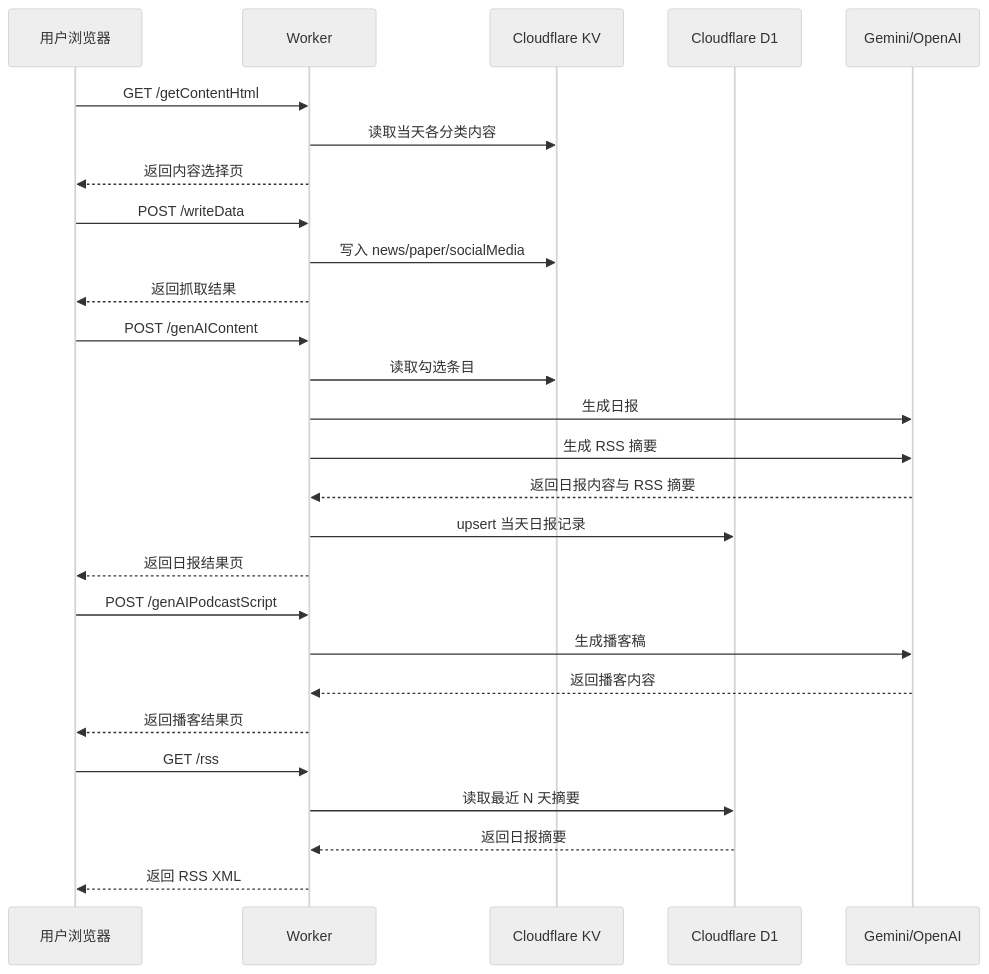
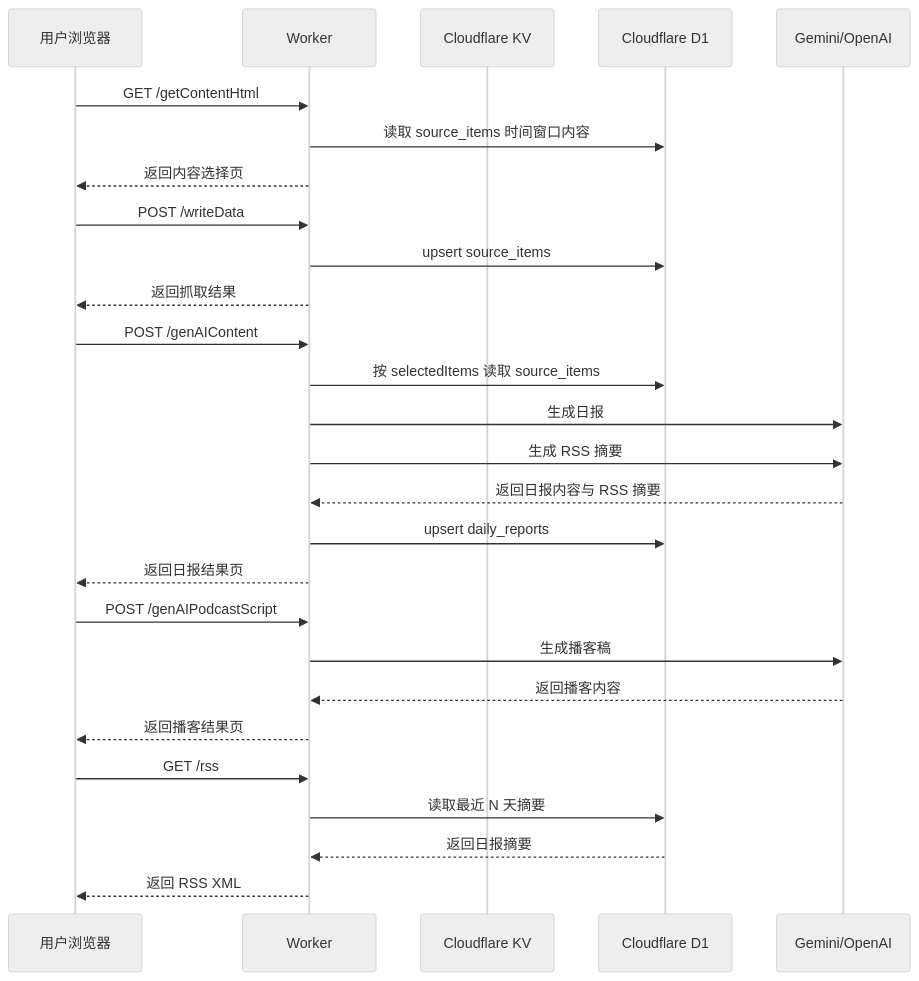
Before and after one commit to wenson/CloudFlare-AI-Insight-Daily: the second of 2 diagrams in docs/API_ROUTES.md, drawn with Mermaid (neutral theme). The commit also changed other lines of this file and 23 other files, not shown here.

````diff
--- a/docs/API_ROUTES.md
+++ b/docs/API_ROUTES.md
@@ -28,34 +28,34 @@
 ```mermaid
 sequenceDiagram
     participant U as 用户浏览器
     participant W as Worker
     participant KV as Cloudflare KV
     participant D1 as Cloudflare D1
     participant AI as Gemini/OpenAI
 
     U->>W: GET /getContentHtml
-    W->>KV: 读取当天各分类内容
+    W->>D1: 读取 source_items 时间窗口内容
     W-->>U: 返回内容选择页
 
     U->>W: POST /writeData
-    W->>KV: 写入 news/paper/socialMedia
+    W->>D1: upsert source_items
     W-->>U: 返回抓取结果
 
     U->>W: POST /genAIContent
-    W->>KV: 读取勾选条目
+    W->>D1: 按 selectedItems 读取 source_items
     W->>AI: 生成日报
     W->>AI: 生成 RSS 摘要
     AI-->>W: 返回日报内容与 RSS 摘要
-    W->>D1: upsert 当天日报记录
+    W->>D1: upsert daily_reports
     W-->>U: 返回日报结果页
 
     U->>W: POST /genAIPodcastScript
     W->>AI: 生成播客稿
     AI-->>W: 返回播客内容
     W-->>U: 返回播客结果页
 
     U->>W: GET /rss
     W->>D1: 读取最近 N 天摘要
     D1-->>W: 返回日报摘要
     W-->>U: 返回 RSS XML
 ```
````
